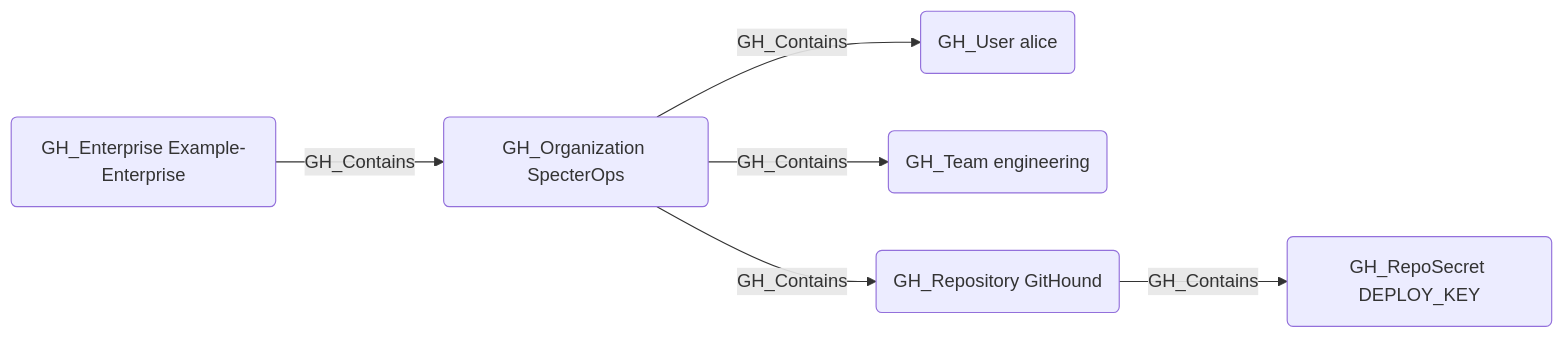
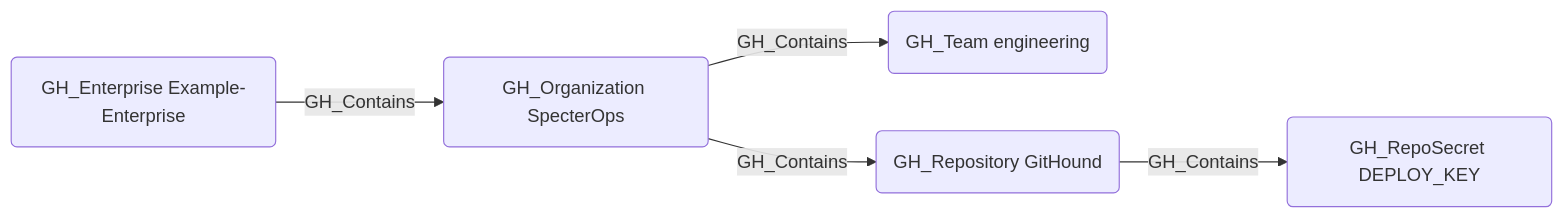
Before and after one commit to SpecterOps/GitHound: the diagram in Documentation/EdgeDescriptions/GH_Contains.md, drawn with Mermaid. The commit also changed other lines of this file and 8 other files, not shown here.

````diff
--- a/Documentation/EdgeDescriptions/GH_Contains.md
+++ b/Documentation/EdgeDescriptions/GH_Contains.md
@@ -12,14 +12,12 @@
 ```mermaid
 graph LR
     ent("GH_Enterprise Example-Enterprise")
     node1("GH_Organization SpecterOps")
-    node2("GH_User alice")
-    node3("GH_Team engineering")
-    node4("GH_Repository GitHound")
-    node5("GH_RepoSecret DEPLOY_KEY")
+    node2("GH_Team engineering")
+    node3("GH_Repository GitHound")
+    node4("GH_RepoSecret DEPLOY_KEY")
     ent -- GH_Contains --> node1
     node1 -- GH_Contains --> node2
     node1 -- GH_Contains --> node3
-    node1 -- GH_Contains --> node4
-    node4 -- GH_Contains --> node5
+    node3 -- GH_Contains --> node4
 ```
````
